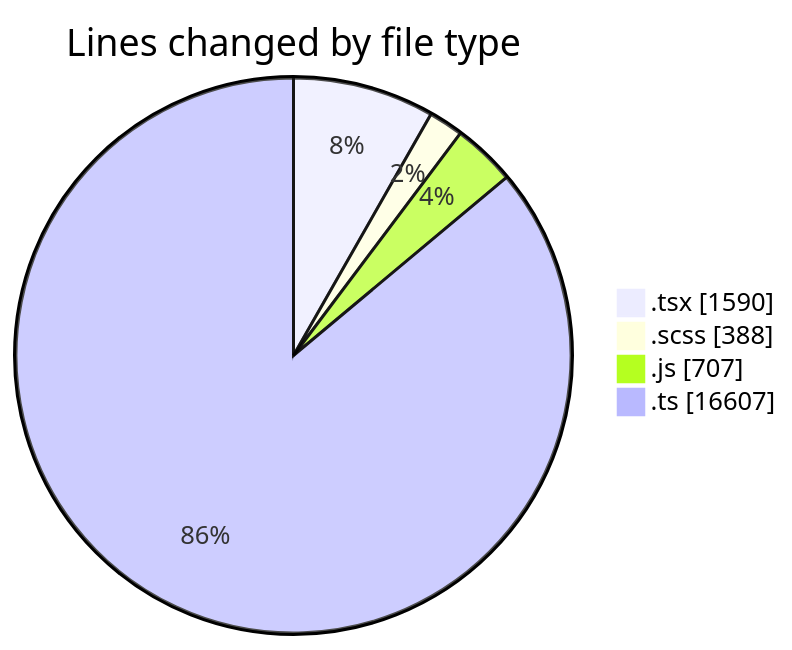
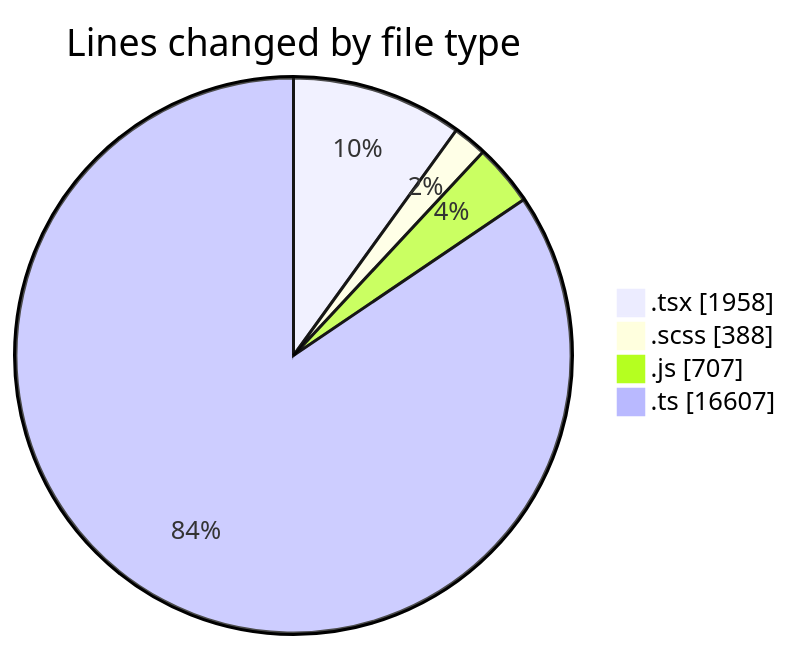
The first of 2 diagrams in 2026-07-21/cda/README.md (momahboobian/code-tracking), drawn with Mermaid before and after one commit. The commit also changed other lines of this file and 1 other file, not shown here.

````diff
--- a/2026-07-21/cda/README.md
+++ b/2026-07-21/cda/README.md
@@ -37,8 +38,8 @@
 ```mermaid
 pie showData
 title Lines changed by file type
-".tsx" : 1590
+".tsx" : 1958
 ".scss" : 388
 ".js" : 707
 ".ts" : 16607
 ```
````
